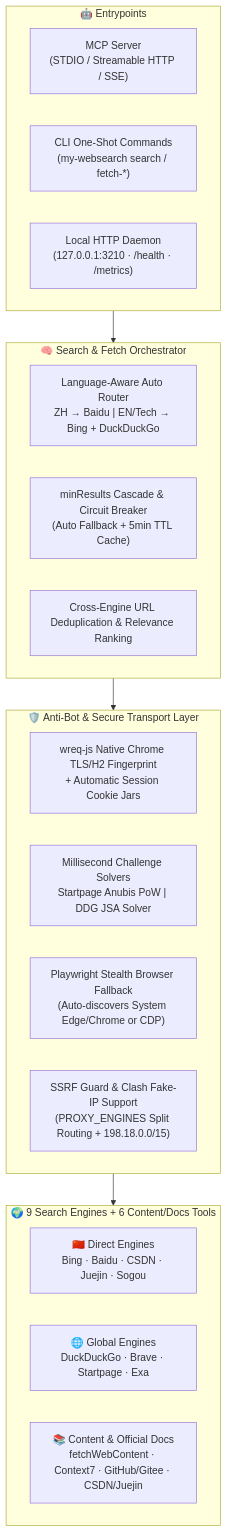
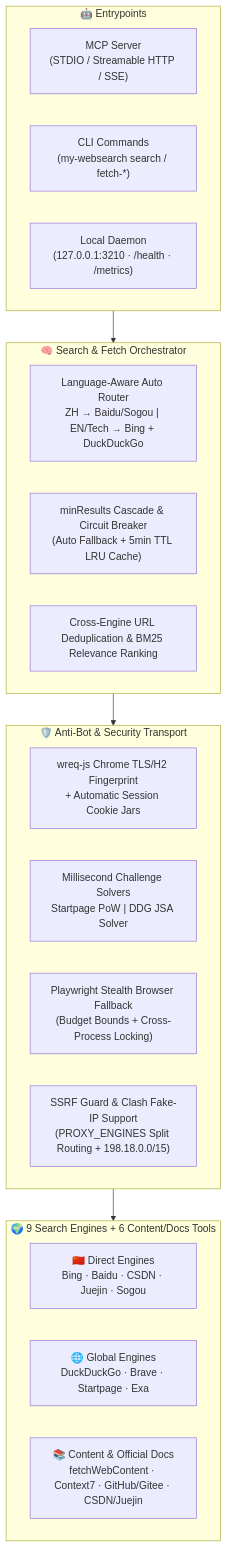
Before and after one commit to wtznicy/my-websearch: the diagram in README.md, drawn with Mermaid. The commit also changed other lines of this file and 10 other files, not shown here.

````diff
--- a/README.md
+++ b/README.md
@@ -44,31 +41,31 @@
 ```mermaid
 flowchart TB
     subgraph Clients["🤖 Entrypoints"]
         MCP["MCP Server<br/>(STDIO / Streamable HTTP / SSE)"]
-        CLI["CLI One-Shot Commands<br/>(my-websearch search / fetch-*)"]
-        Daemon["Local HTTP Daemon<br/>(127.0.0.1:3210 · /health · /metrics)"]
+        CLI["CLI Commands<br/>(my-websearch search / fetch-*)"]
+        Daemon["Local Daemon<br/>(127.0.0.1:3210 · /health · /metrics)"]
     end
 
     subgraph Core["🧠 Search & Fetch Orchestrator"]
-        Router["Language-Aware Auto Router<br/>ZH → Baidu | EN/Tech → Bing + DuckDuckGo"]
-        Cascade["minResults Cascade & Circuit Breaker<br/>(Auto Fallback + 5min TTL Cache)"]
-        Ranker["Cross-Engine URL Deduplication & Relevance Ranking"]
+        Router["Language-Aware Auto Router<br/>ZH → Baidu/Sogou | EN/Tech → Bing + DuckDuckGo"]
+        Cascade["minResults Cascade & Circuit Breaker<br/>(Auto Fallback + 5min TTL LRU Cache)"]
+        Ranker["Cross-Engine URL Deduplication & BM25 Relevance Ranking"]
     end
 
-    subgraph Transport["🛡️ Anti-Bot & Secure Transport Layer"]
-        Wreq["wreq-js Native Chrome TLS/H2 Fingerprint<br/>+ Automatic Session Cookie Jars"]
-        Solvers["Millisecond Challenge Solvers<br/>Startpage Anubis PoW | DDG JSA Solver"]
-        PW["Playwright Stealth Browser Fallback<br/>(Auto-discovers System Edge/Chrome or CDP)"]
+    subgraph Transport["🛡️ Anti-Bot & Security Transport"]
+        Wreq["wreq-js Chrome TLS/H2 Fingerprint<br/>+ Automatic Session Cookie Jars"]
+        Solvers["Millisecond Challenge Solvers<br/>Startpage PoW | DDG JSA Solver"]
+        PW["Playwright Stealth Browser Fallback<br/>(Budget Bounds + Cross-Process Locking)"]
         Guard["SSRF Guard & Clash Fake-IP Support<br/>(PROXY_ENGINES Split Routing + 198.18.0.0/15)"]
     end
 
     subgraph Engines["🌍 9 Search Engines + 6 Content/Docs Tools"]
         CN["🇨🇳 Direct Engines<br/>Bing · Baidu · CSDN · Juejin · Sogou"]
         INTL["🌐 Global Engines<br/>DuckDuckGo · Brave · Startpage · Exa"]
         Docs["📚 Content & Official Docs<br/>fetchWebContent · Context7 · GitHub/Gitee · CSDN/Juejin"]
     end
 
     Clients --> Core
     Core --> Transport
     Transport --> Engines
 ```
````
